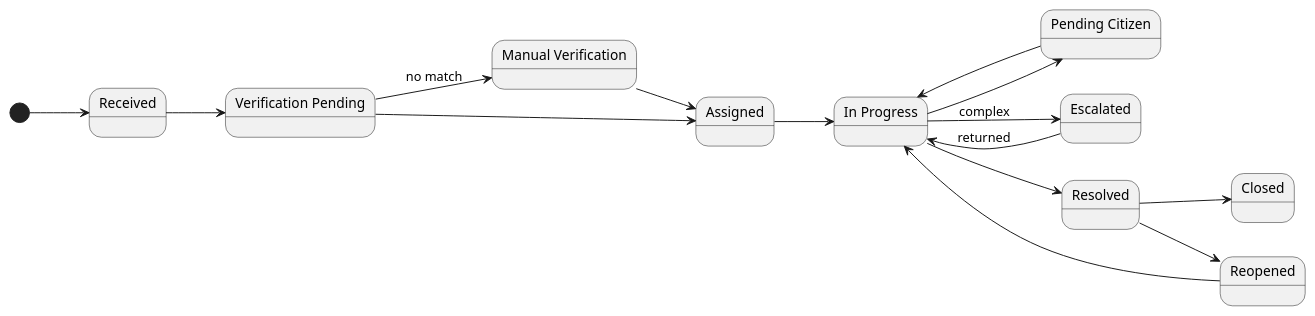
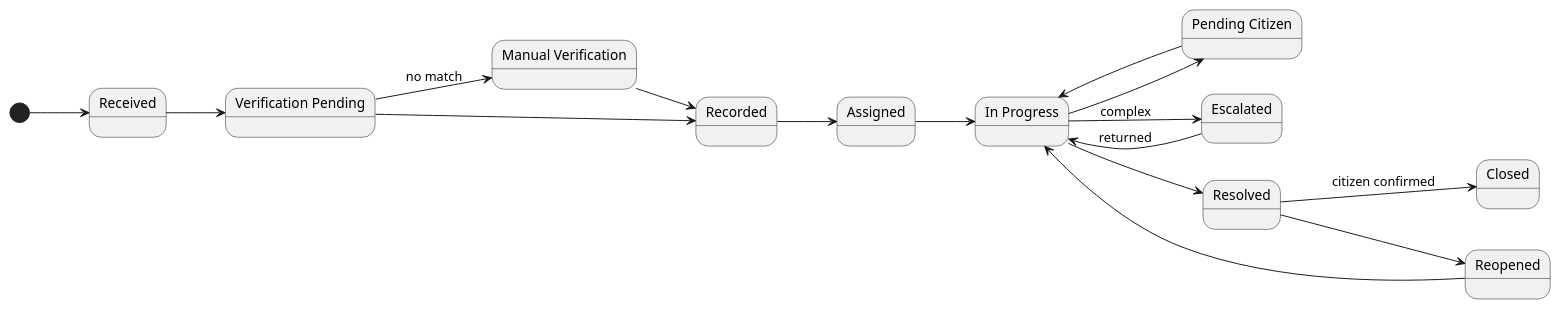
One commit to jimmytobing/virtusa changed diagram 17 of 26 in doc/SADD Task 2.md. Above: the diagram before and after it, drawn with PlantUML. The commit also changed other lines of this file and 3 other files, not shown here.

````diff
--- a/doc/SADD Task 2.md
+++ b/doc/SADD Task 2.md
@@ -1126,32 +1126,34 @@
 ```plantuml
 @startuml
 left to right direction
 
-state "Received" as NewCase
+state "Received" as Received
 state "Verification Pending" as VerificationPending
 state "Manual Verification" as ManualVerification
+state "Recorded" as Recorded
 state "Assigned" as Assigned
 state "In Progress" as InProgress
 state "Pending Citizen" as PendingCitizen
 state "Escalated" as Escalated
 state "Resolved" as Resolved
 state "Reopened" as Reopened
 state "Closed" as Closed
 
-[*] --> NewCase
-NewCase --> VerificationPending
-VerificationPending --> Assigned
+[*] --> Received
+Received --> VerificationPending
+VerificationPending --> Recorded
 VerificationPending --> ManualVerification : no match
-ManualVerification --> Assigned
+ManualVerification --> Recorded
+Recorded --> Assigned
 Assigned --> InProgress
 InProgress --> PendingCitizen
 PendingCitizen --> InProgress
 InProgress --> Escalated : complex
 Escalated --> InProgress : returned
 InProgress --> Resolved
-Resolved --> Closed
+Resolved --> Closed : citizen confirmed
 Resolved --> Reopened
 Reopened --> InProgress
 
 @enduml
 ```
````
